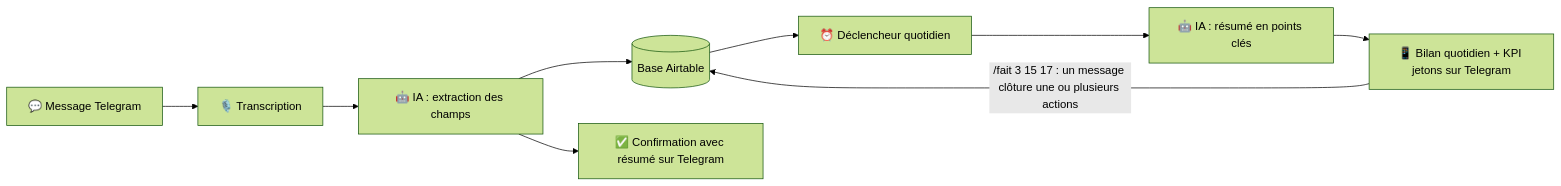
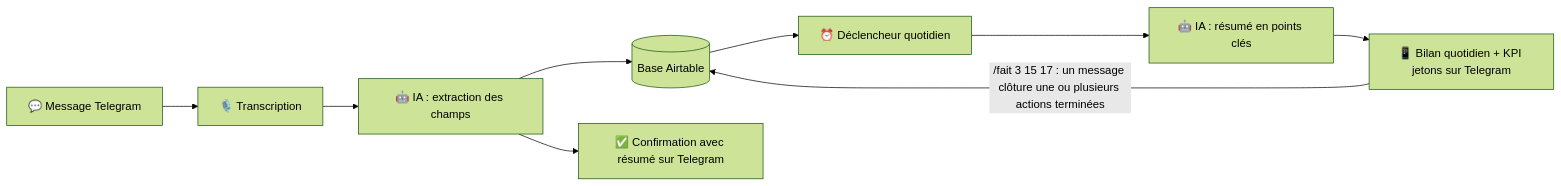
One commit to g-dangelo/organisateur-urgences-make-ia changed the diagram in README.md. Above: the diagram before and after it, drawn with Mermaid (forest theme).

````diff
--- a/README.md
+++ b/README.md
@@ -32,11 +32,11 @@
 ```mermaid
 flowchart LR
     A["💬 Message Telegram"] --> B["🎙️ Transcription"]
     B --> C["🤖 IA : extraction des champs"]
     C --> D[("Base Airtable")]
     C --> H["✅ Confirmation avec résumé sur Telegram"]
     D --> E["⏰ Déclencheur quotidien"]
     E --> F["🤖 IA : résumé en points clés"]
     F --> G["📱 Bilan quotidien + KPI jetons sur Telegram"]
-    G -->|"/fait 3 15 17 : un message clôture une ou plusieurs actions"| D
+    G -->|"/fait 3 15 17 : un message clôture une ou plusieurs actions terminées"| D
 ```
````
